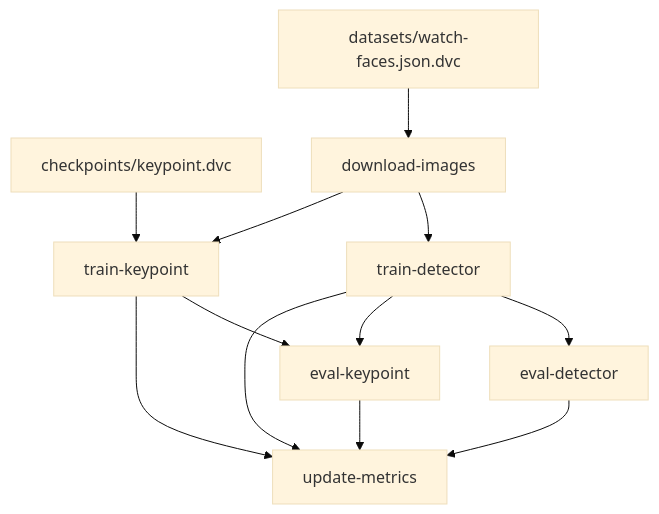
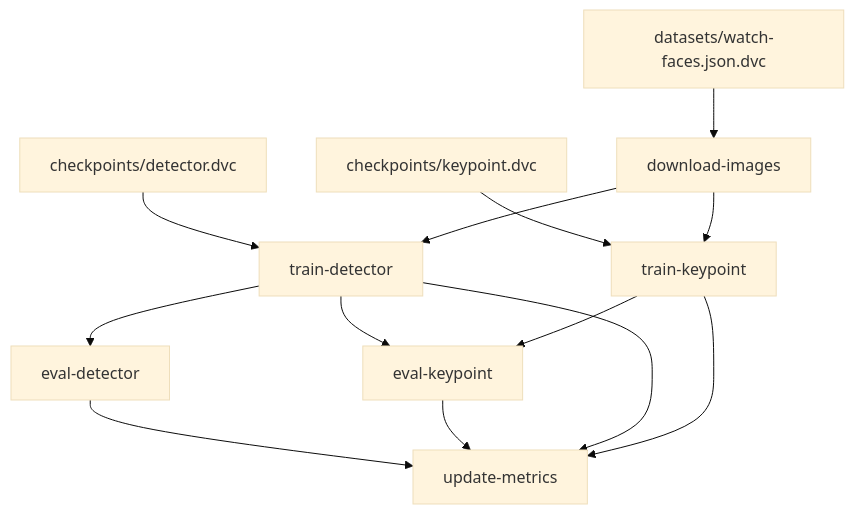
The diagram in README.md (akucia/analog-watch-recognition), drawn with Mermaid (base theme) before and after one commit. The commit also changed other lines of this file and 15 other files, not shown here.

````diff
--- a/README.md
+++ b/README.md
@@ -11,22 +11,24 @@
 ```mermaid
 flowchart TD
-	node1["checkpoints/keypoint.dvc"]
-	node2["datasets/watch-faces.json.dvc"]
-	node3["download-images"]
-	node4["eval-detector"]
-	node5["eval-keypoint"]
-	node6["train-detector"]
-	node7["train-keypoint"]
-	node8["update-metrics"]
+	node1["checkpoints/detector.dvc"]
+	node2["checkpoints/keypoint.dvc"]
+	node3["datasets/watch-faces.json.dvc"]
+	node4["download-images"]
+	node5["eval-detector"]
+	node6["eval-keypoint"]
+	node7["train-detector"]
+	node8["train-keypoint"]
+	node9["update-metrics"]
 	node1-->node7
-	node2-->node3
-	node3-->node6
-	node3-->node7
+	node2-->node8
+	node3-->node4
+	node4-->node7
 	node4-->node8
-	node5-->node8
-	node6-->node4
-	node6-->node5
-	node6-->node8
+	node5-->node9
+	node6-->node9
 	node7-->node5
-	node7-->node8
+	node7-->node6
+	node7-->node9
+	node8-->node6
+	node8-->node9
 ```
````
